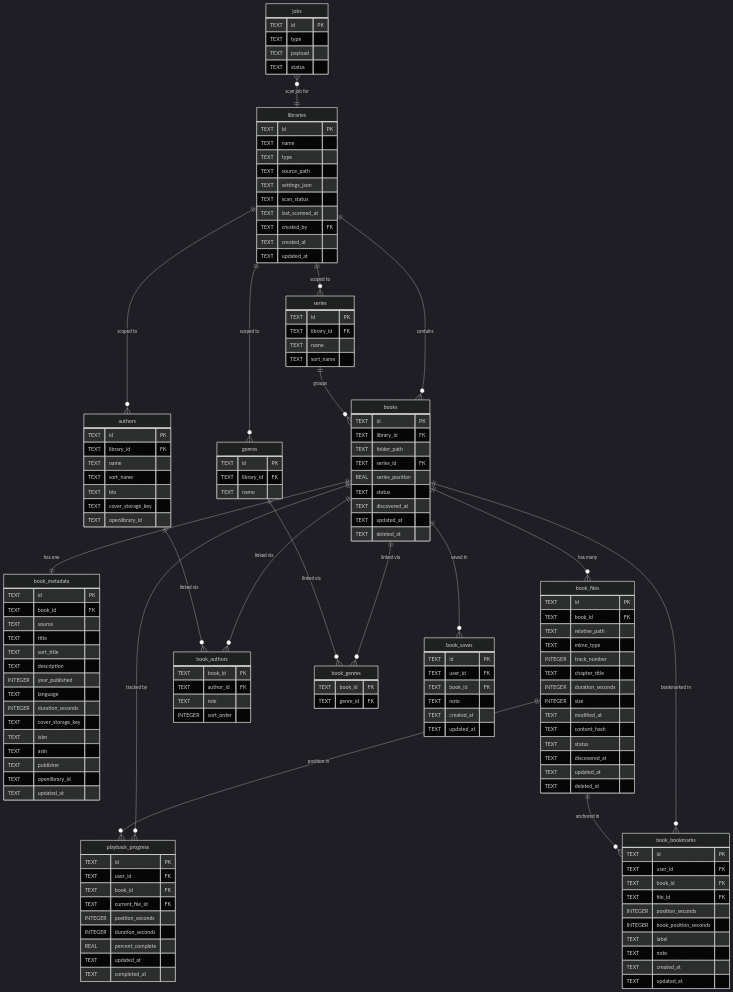
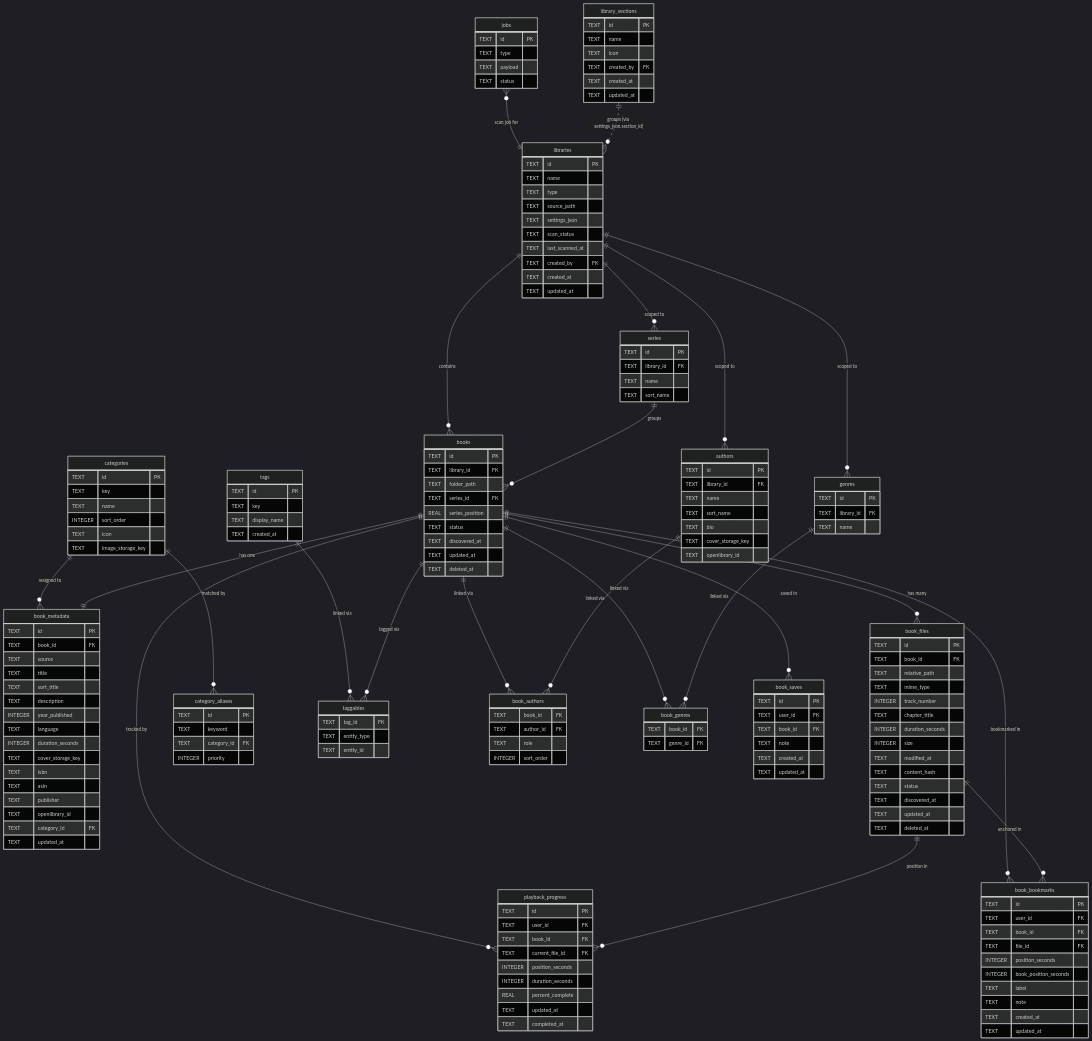
Before and after one commit to isputnikdotnet/isputnik.home: the diagram in Documents/audiobook-db.md, drawn with Mermaid (dark theme). The commit also changed other lines of this file and 35 other files, not shown here.

````diff
--- a/Documents/audiobook-db.md
+++ b/Documents/audiobook-db.md
@@ -52,6 +52,7 @@
         TEXT asin
         TEXT publisher
         TEXT openlibrary_id
+        TEXT category_id FK
         TEXT updated_at
     }
 
@@ -95,6 +96,35 @@
         TEXT id PK
         TEXT library_id FK
         TEXT name
+    }
+
+    categories {
+        TEXT id PK
+        TEXT key
+        TEXT name
+        INTEGER sort_order
+        TEXT icon
+        TEXT image_storage_key
+    }
+
+    category_aliases {
+        TEXT id PK
+        TEXT keyword
+        TEXT category_id FK
+        INTEGER priority
+    }
+
+    tags {
+        TEXT id PK
+        TEXT key
+        TEXT display_name
+        TEXT created_at
+    }
+
+    taggables {
+        TEXT tag_id FK
+        TEXT entity_type
+        TEXT entity_id
     }
 
     %% ── Join tables ──────────────────────────────────────────────────
@@ -147,6 +177,16 @@
         TEXT updated_at
     }
 
+    %% ── Library sections (grouping shell) ────────────────────────────
+    library_sections {
+        TEXT id PK
+        TEXT name
+        TEXT icon
+        TEXT created_by FK
+        TEXT created_at
+        TEXT updated_at
+    }
+
     %% ── Shared systems (outline only) ────────────────────────────────
     jobs {
         TEXT id PK
@@ -163,11 +203,15 @@
     libraries ||--o{ genres         : "scoped to"
 
     series    ||--o{ books          : "groups"
+    categories ||--o{ book_metadata : "assigned to"
+    categories ||--o{ category_aliases : "matched by"
+    tags      ||--o{ taggables      : "linked via"
 
     books     ||--||  book_metadata : "has one"
     books     ||--o{  book_files    : "has many"
     books     ||--o{  book_authors  : "linked via"
     books     ||--o{  book_genres   : "linked via"
+    books     ||--o{  taggables     : "tagged via"
     books     ||--o{  playback_progress : "tracked by"
     books     ||--o{  book_bookmarks : "bookmarked in"
     books     ||--o{  book_saves     : "saved in"
@@ -178,4 +222,5 @@
     book_files ||--o{ book_bookmarks    : "anchored in"
 
     jobs      }o--||  libraries     : "scan job for"
+    library_sections ||..o{ libraries : "groups (via settings_json.section_id)"
 ```
````
